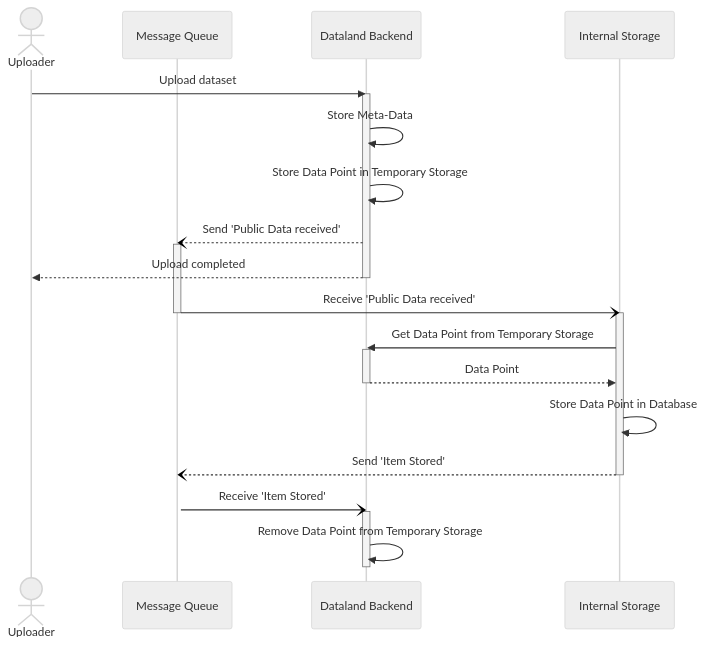
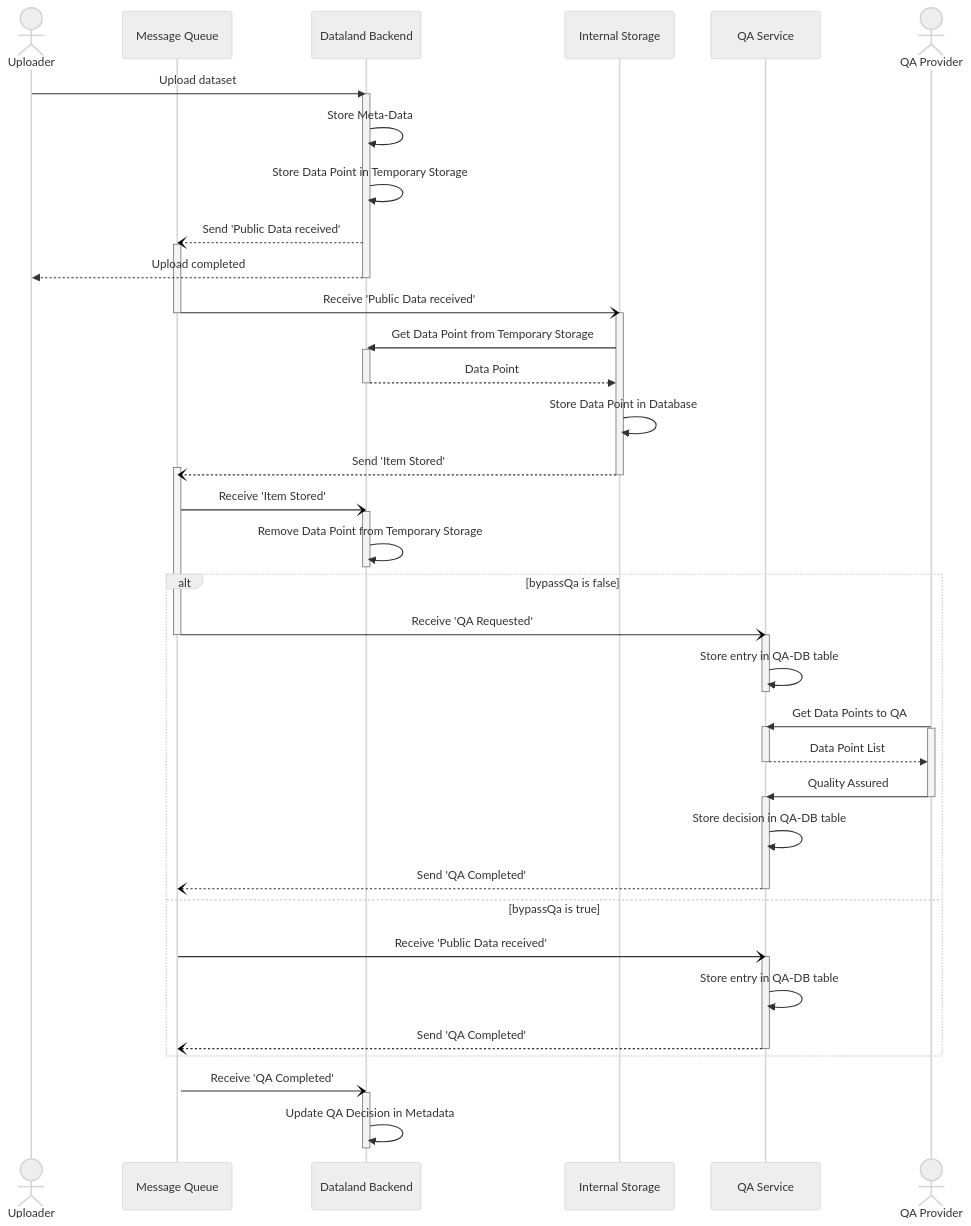
The diagram in documentation/processes/data_point_upload_process.md (d-fine/Dataland), drawn with Mermaid (neutral theme) before and after one commit. The commit also changed other lines of this file and 1 other file, not shown here.

Commit message:
first adaptations to documentation

````diff
--- a/documentation/processes/data_point_upload_process.md
+++ b/documentation/processes/data_point_upload_process.md
@@ -11,33 +11,68 @@
 ```mermaid
 sequenceDiagram
     actor Uploader
     participant mq as Message Queue
     participant backend as Dataland Backend
     participant storage as Internal Storage
+    participant qaService as QA Service
+    actor qaler as QA Provider
 
     Uploader ->> backend: Upload dataset
     activate backend
     backend ->> backend: Store Meta-Data
     backend ->> backend: Store Data Point in Temporary Storage
     backend --) mq: Send 'Public Data received'
     activate mq
     backend -->> Uploader: Upload completed
     deactivate backend
 
     mq -) storage: Receive 'Public Data received'
     deactivate mq
     activate storage
     storage ->> backend: Get Data Point from Temporary Storage
     activate backend
     backend -->> storage: Data Point
     deactivate backend
     storage ->> storage: Store Data Point in Database
     storage --) mq: Send 'Item Stored'
     activate mq
     deactivate storage
 
     mq -) backend: Receive 'Item Stored'
     activate backend
     backend ->> backend: Remove Data Point from Temporary Storage
     deactivate backend
+    alt bypassQa is false
+        mq -) qaService: Receive 'QA Requested'
+        deactivate mq
+        activate qaService
+        qaService ->> qaService: Store entry in QA-DB table
+        deactivate qaService
+
+        qaler ->> qaService: Get Data Points to QA
+        activate qaService
+        activate qaler
+        qaService -->> qaler: Data Point List
+        deactivate qaService
+        qaler ->> qaService: Quality Assured
+        deactivate qaler
+        activate qaService
+        qaService ->> qaService: Store decision in QA-DB table
+
+        qaService --) mq: Send 'QA Completed'
+        deactivate qaService
+
+    else bypassQa is true
+        mq -) qaService: Receive 'Public Data received'
+        activate qaService
+        qaService ->> qaService: Store entry in QA-DB table
+        qaService --) mq: Send 'QA Completed'
+        activate mq
+        deactivate qaService
+    end
+
+    mq -) backend: Receive 'QA Completed'
+    activate backend
+    backend ->> backend: Update QA Decision in Metadata
+    deactivate backend
 ```
````
